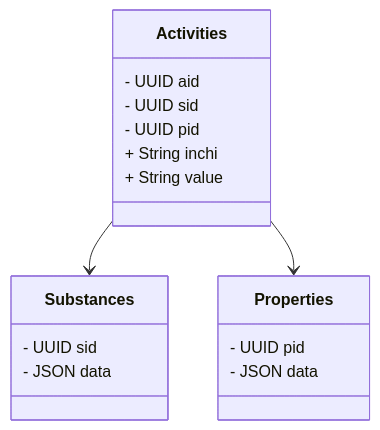
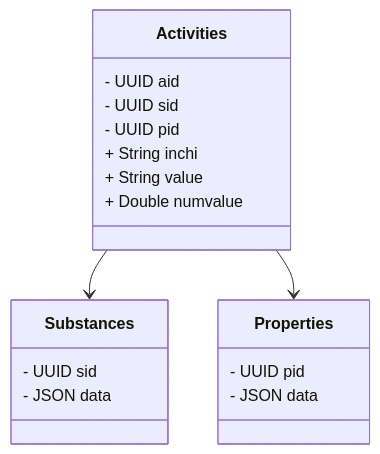
Before and after one commit to biobricks-ai/chemharmony: the diagram in README.md, drawn with Mermaid. The commit also changed other lines of this file and 13 other files, not shown here.

````diff
--- a/README.md
+++ b/README.md
@@ -6,25 +6,26 @@
 ```mermaid
 classDiagram
 
     class Substances{
         - UUID sid
         - JSON data
     }
 
     class Properties{
         - UUID pid
         - JSON data
     }
 
     class Activities{
         - UUID aid 
         - UUID sid
         - UUID pid
         + String inchi
         + String value
+        + Double numvalue
     }
 
     Activities --> Substances
     Activities --> Properties
 
 ```
````
